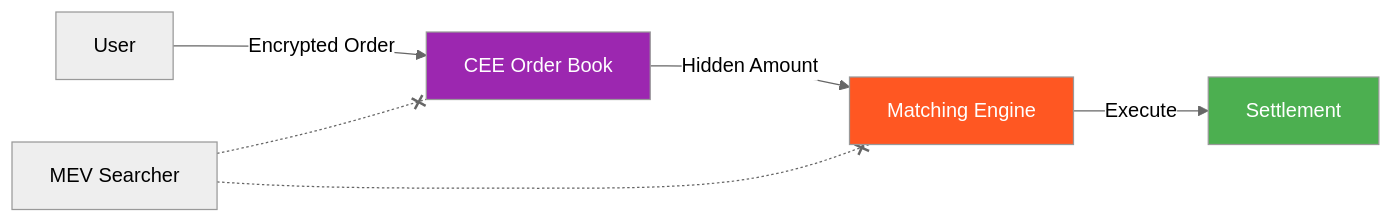
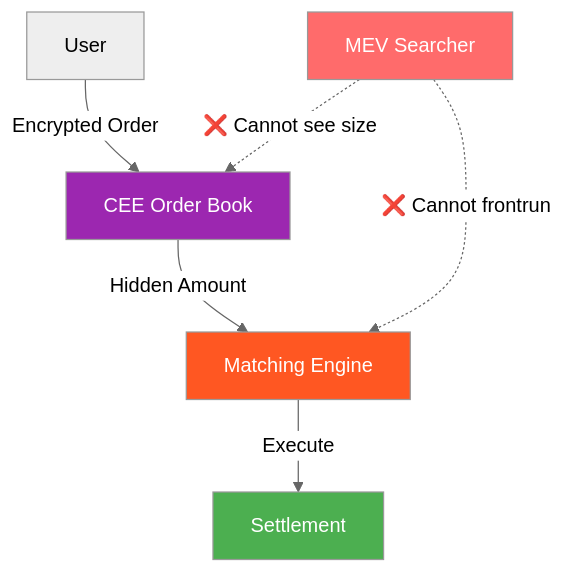
Before and after one commit to Rahul-Prasad-07/Confidential-Economic-Engine: diagram 19 of 21 in README.md, drawn with Mermaid (neutral theme). The commit also changed other lines of this file, not shown here.

````diff
--- a/README.md
+++ b/README.md
@@ -794,13 +797,15 @@
 ```mermaid
-flowchart LR
+flowchart TB
     A[User] -->|Encrypted Order| B[CEE Order Book]
     B -->|Hidden Amount| C[Matching Engine]
     C -->|Execute| D[Settlement]
     
-    E[MEV Searcher] -.-x B
-    E -.-x C
+    E[MEV Searcher]
+    E -.->|❌ Cannot see size| B
+    E -.->|❌ Cannot frontrun| C
     
     style B fill:#9C27B0,color:#fff
     style C fill:#FF5722,color:#fff
     style D fill:#4CAF50,color:#fff
+    style E fill:#ff6b6b,color:#fff
 ```
````
